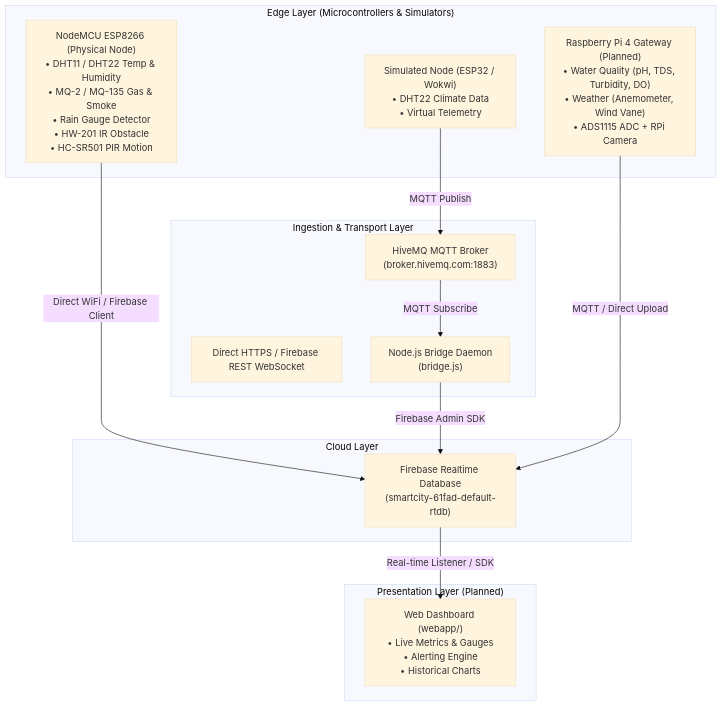
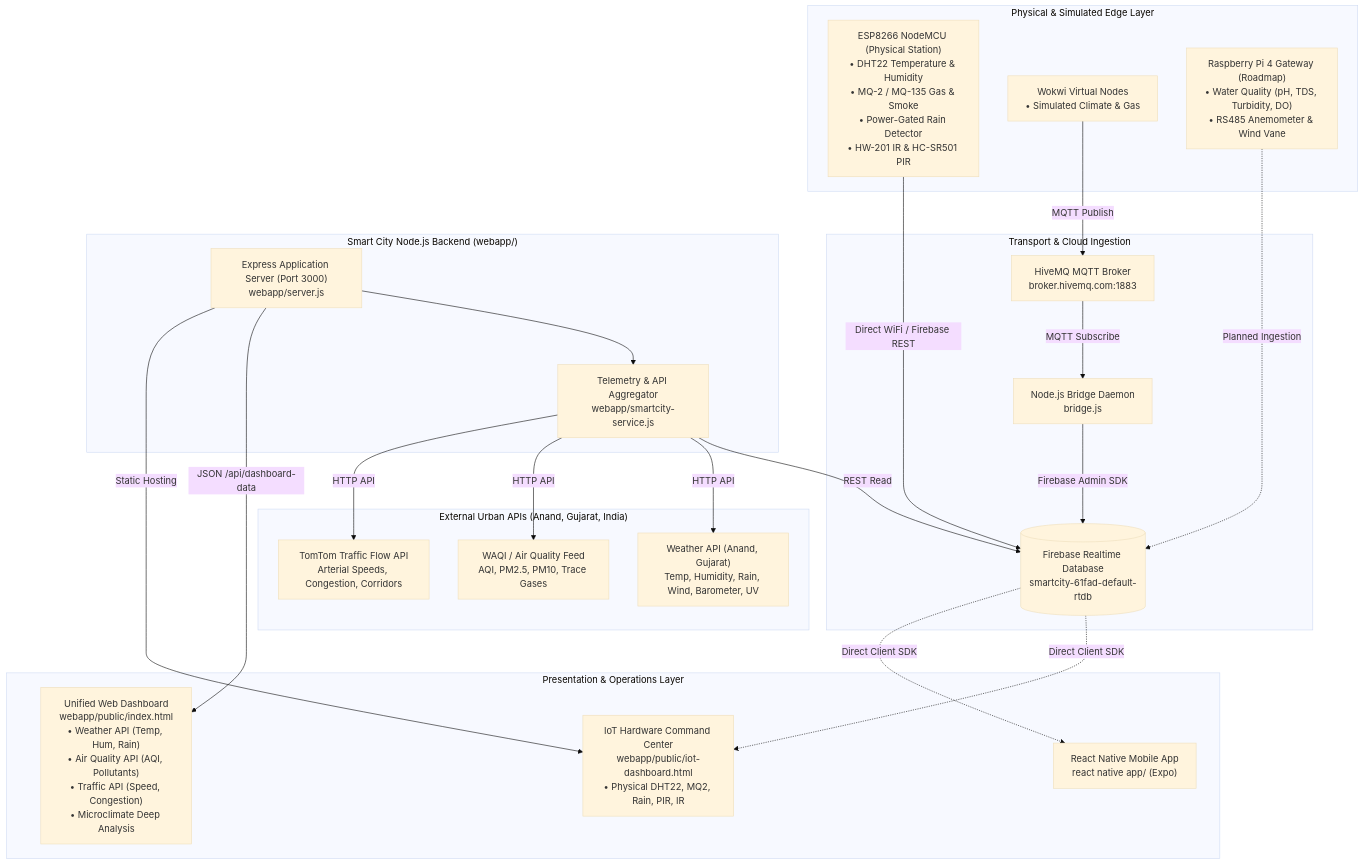
Before and after one commit to Ganga-Patel/smart-_city: the diagram in context.md, drawn with Mermaid (base theme). The commit also changed other lines of this file and 5 other files, not shown here.

Commit message:
feat: decouple weather dashboard to 100% Weather API and add map integration plan

````diff
--- a/context.md
+++ b/context.md
@@ -21,32 +25,51 @@
 ```mermaid
 graph TB
-    subgraph Edge_Devices ["Edge Layer (Microcontrollers & Simulators)"]
-        nodeMCU["NodeMCU ESP8266 (Physical Node)<br/>• DHT11 / DHT22 Temp & Humidity<br/>• MQ-2 / MQ-135 Gas & Smoke<br/>• Rain Gauge Detector<br/>• HW-201 IR Obstacle<br/>• HC-SR501 PIR Motion"]
-        wokwiNode["Simulated Node (ESP32 / Wokwi)<br/>• DHT22 Climate Data<br/>• Virtual Telemetry"]
-        rpiGateway["Raspberry Pi 4 Gateway (Planned)<br/>• Water Quality (pH, TDS, Turbidity, DO)<br/>• Weather (Anemometer, Wind Vane)<br/>• ADS1115 ADC + RPi Camera"]
+    subgraph Edge_Layer ["Physical & Simulated Edge Layer"]
+        esp8266["ESP8266 NodeMCU (Physical Station)<br/>• DHT22 Temperature & Humidity<br/>• MQ-2 / MQ-135 Gas & Smoke<br/>• Power-Gated Rain Detector<br/>• HW-201 IR & HC-SR501 PIR"]
+        simNode["Wokwi Virtual Nodes<br/>• Simulated Climate & Gas"]
+        rpiGate["Raspberry Pi 4 Gateway (Roadmap)<br/>• Water Quality (pH, TDS, Turbidity, DO)<br/>• RS485 Anemometer & Wind Vane"]
     end
 
-    subgraph Transport ["Ingestion & Transport Layer"]
-        directWiFi["Direct HTTPS / Firebase REST WebSocket"]
-        mqttBroker["HiveMQ MQTT Broker<br/>(broker.hivemq.com:1883)"]
-        nodeBridge["Node.js Bridge Daemon<br/>(bridge.js)"]
+    subgraph Transport_Layer ["Transport & Cloud Ingestion"]
+        fbRTDB[("Firebase Realtime Database<br/>smartcity-61fad-default-rtdb")]
+        mqttBroker["HiveMQ MQTT Broker<br/>broker.hivemq.com:1883"]
+        bridgeDaemon["Node.js Bridge Daemon<br/>bridge.js"]
     end
 
-    subgraph Cloud ["Cloud Layer"]
-        firebase["Firebase Realtime Database<br/>(smartcity-61fad-default-rtdb)"]
+    subgraph External_APIs ["External Urban APIs (Anand, Gujarat, India)"]
+        weatherAPI["Weather API (Anand, Gujarat)<br/>Temp, Humidity, Rain, Wind, Barometer, UV"]
+        airAPI["WAQI / Air Quality Feed<br/>AQI, PM2.5, PM10, Trace Gases"]
+        trafficAPI["TomTom Traffic Flow API<br/>Arterial Speeds, Congestion, Corridors"]
     end
 
-    subgraph Presentation ["Presentation Layer (Planned)"]
-        webApp["Web Dashboard (webapp/)<br/>• Live Metrics & Gauges<br/>• Alerting Engine<br/>• Historical Charts"]
+    subgraph Backend_Layer ["Smart City Node.js Backend (webapp/)"]
+        expressServer["Express Application Server (Port 3000)<br/>webapp/server.js"]
+        smartcityService["Telemetry & API Aggregator<br/>webapp/smartcity-service.js"]
     end
 
-    %% Edge to Transport connections
-    nodeMCU -->|Direct WiFi / Firebase Client| firebase
-    wokwiNode -->|MQTT Publish| mqttBroker
-    mqttBroker -->|MQTT Subscribe| nodeBridge
-    nodeBridge -->|Firebase Admin SDK| firebase
-    rpiGateway -->|MQTT / Direct Upload| firebase
+    subgraph Presentation_Layer ["Presentation & Operations Layer"]
+        unifiedUI["Unified Web Dashboard<br/>webapp/public/index.html<br/>• Weather API (Temp, Hum, Rain)<br/>• Air Quality API (AQI, Pollutants)<br/>• Traffic API (Speed, Congestion)<br/>• Microclimate Deep Analysis"]
+        iotUI["IoT Hardware Command Center<br/>webapp/public/iot-dashboard.html<br/>• Physical DHT22, MQ2, Rain, PIR, IR"]
+        mobileApp["React Native Mobile App<br/>react native app/ (Expo)"]
+    end
 
-    %% Cloud to Dashboard
-    firebase -->|Real-time Listener / SDK| webApp
+    %% Edge Connections
+    esp8266 -->|Direct WiFi / Firebase REST| fbRTDB
+    simNode -->|MQTT Publish| mqttBroker
+    mqttBroker -->|MQTT Subscribe| bridgeDaemon
+    bridgeDaemon -->|Firebase Admin SDK| fbRTDB
+    rpiGate -.->|Planned Ingestion| fbRTDB
+
+    %% Backend Connections
+    smartcityService -->|REST Read| fbRTDB
+    smartcityService -->|HTTP API| weatherAPI
+    smartcityService -->|HTTP API| airAPI
+    smartcityService -->|HTTP API| trafficAPI
+    expressServer --> smartcityService
+    expressServer -->|JSON /api/dashboard-data| unifiedUI
+    expressServer -->|Static Hosting| iotUI
+
+    %% Client App
+    fbRTDB -.->|Direct Client SDK| iotUI
+    fbRTDB -.->|Direct Client SDK| mobileApp
 ```
````
